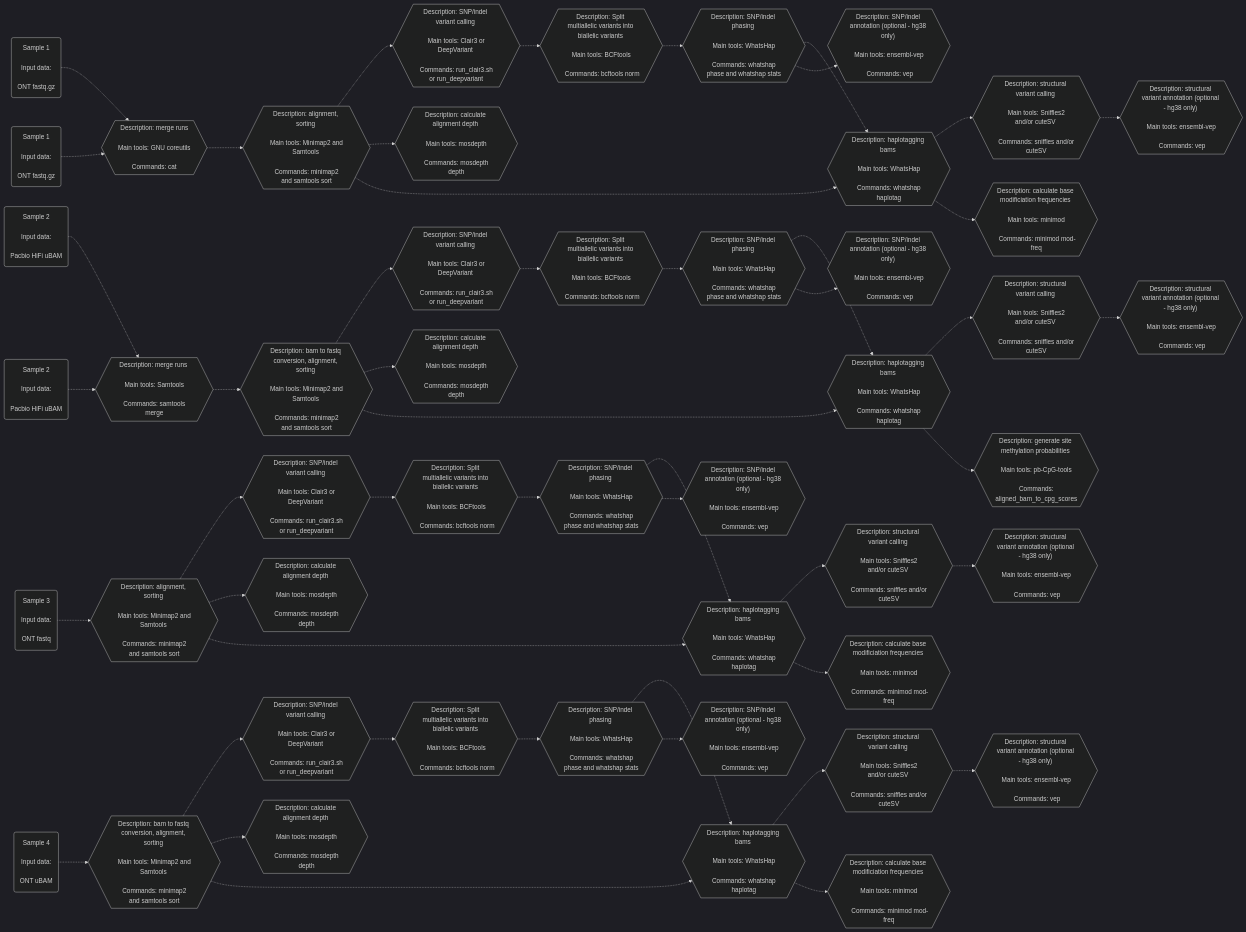
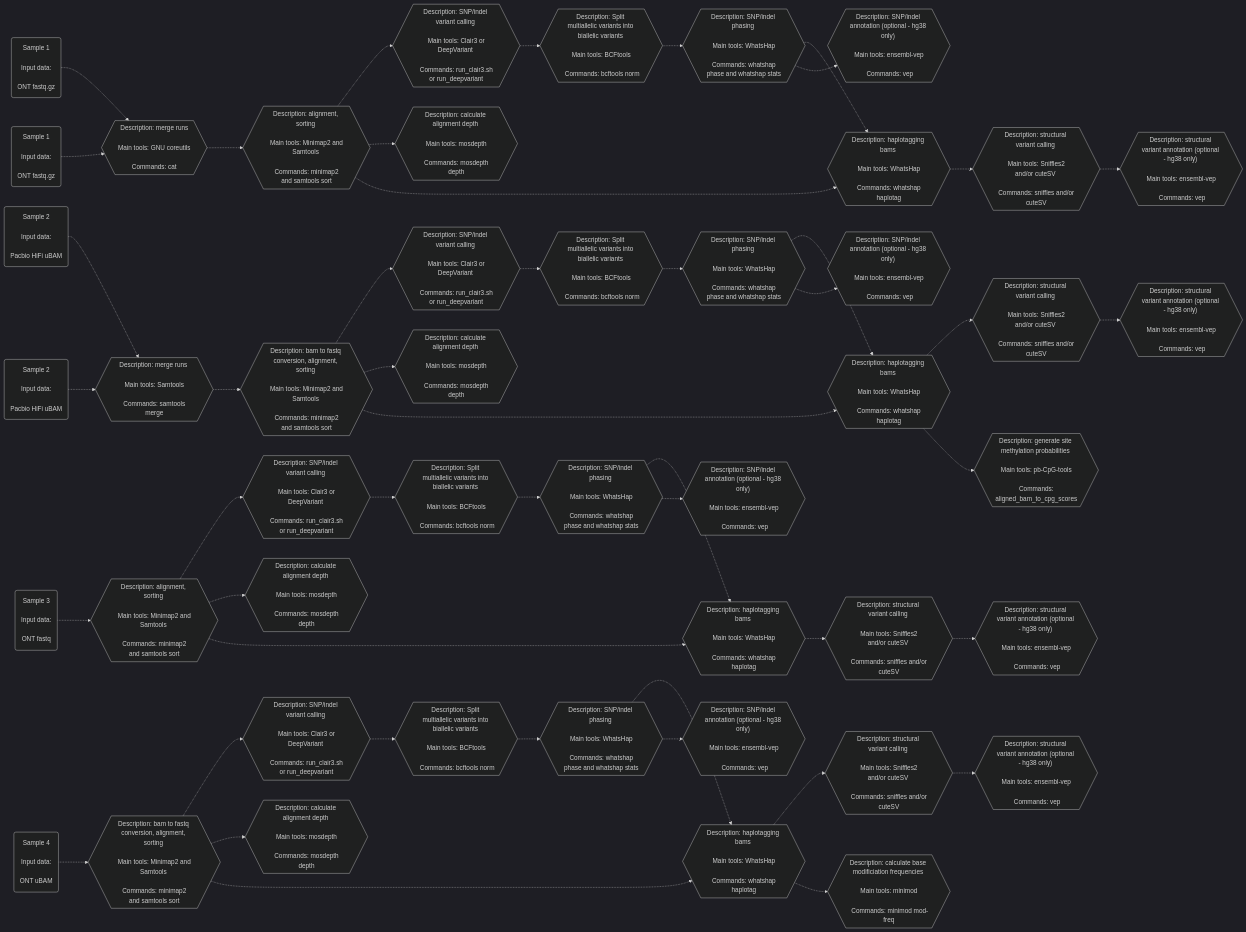
One commit to leahkemp/pipeface changed the second of 2 diagrams in README.md. Above: the diagram before and after it, drawn with Mermaid.

Commit message:
update mermaid diagram to not include minimod analysis on fastq data

```diff
--- a/README.md
+++ b/README.md
@@ -93,9 +93,7 @@
 haplotagging_s3{{"Description: haplotagging bams <br><br> Main tools: WhatsHap <br><br> Commands: whatshap haplotag"}}
 haplotagging_s4{{"Description: haplotagging bams <br><br> Main tools: WhatsHap <br><br> Commands: whatshap haplotag"}}
 
-calculate_base_mod_freqs_s1{{"Description: calculate base modificiation frequencies <br><br> Main tools: minimod <br><br> Commands: minimod mod-freq"}}
 generate_meth_probs_s2{{"Description: generate site methylation probabilities <br><br> Main tools: pb-CpG-tools <br><br> Commands: aligned_bam_to_cpg_scores"}}
-calculate_base_mod_freqs_s3{{"Description: calculate base modificiation frequencies <br><br> Main tools: minimod <br><br> Commands: minimod mod-freq"}}
 calculate_base_mod_freqs_s4{{"Description: calculate base modificiation frequencies <br><br> Main tools: minimod <br><br> Commands: minimod mod-freq"}}
 
 sv_calling_s1{{"Description: structural variant calling <br><br> Main tools: Sniffles2 and/or cuteSV <br><br> Commands: sniffles and/or cuteSV"}}
@@ -125,9 +123,7 @@
 alignment_s3-.->haplotagging_s3
 alignment_s4-.->haplotagging_s4
 
-haplotagging_s1-.->calculate_base_mod_freqs_s1
 haplotagging_s2-.->generate_meth_probs_s2
-haplotagging_s3-.->calculate_base_mod_freqs_s3
 haplotagging_s4-.->calculate_base_mod_freqs_s4
 
 snp_indel_phasing_s1-.->snp_indel_annotation_s1
```
